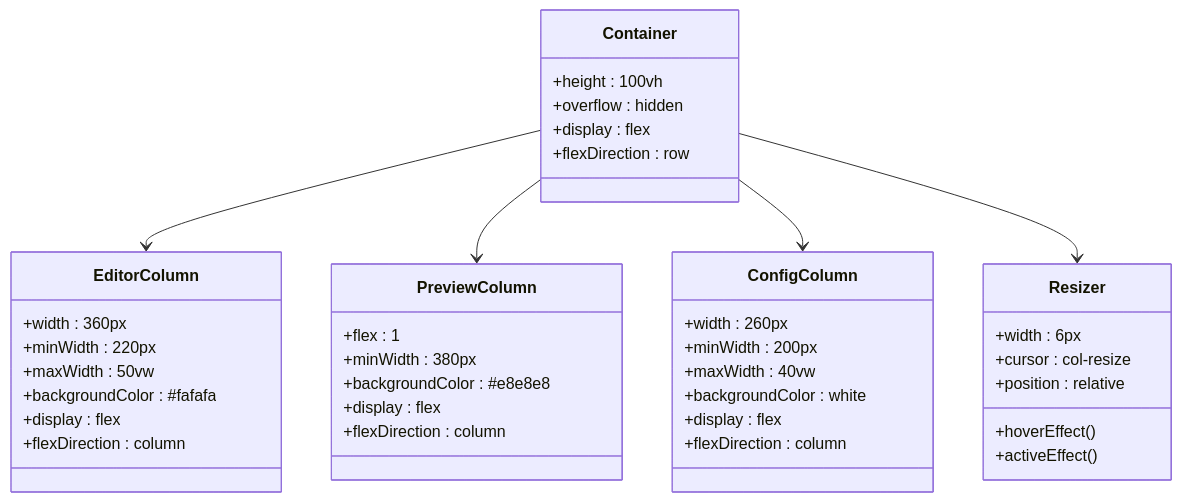
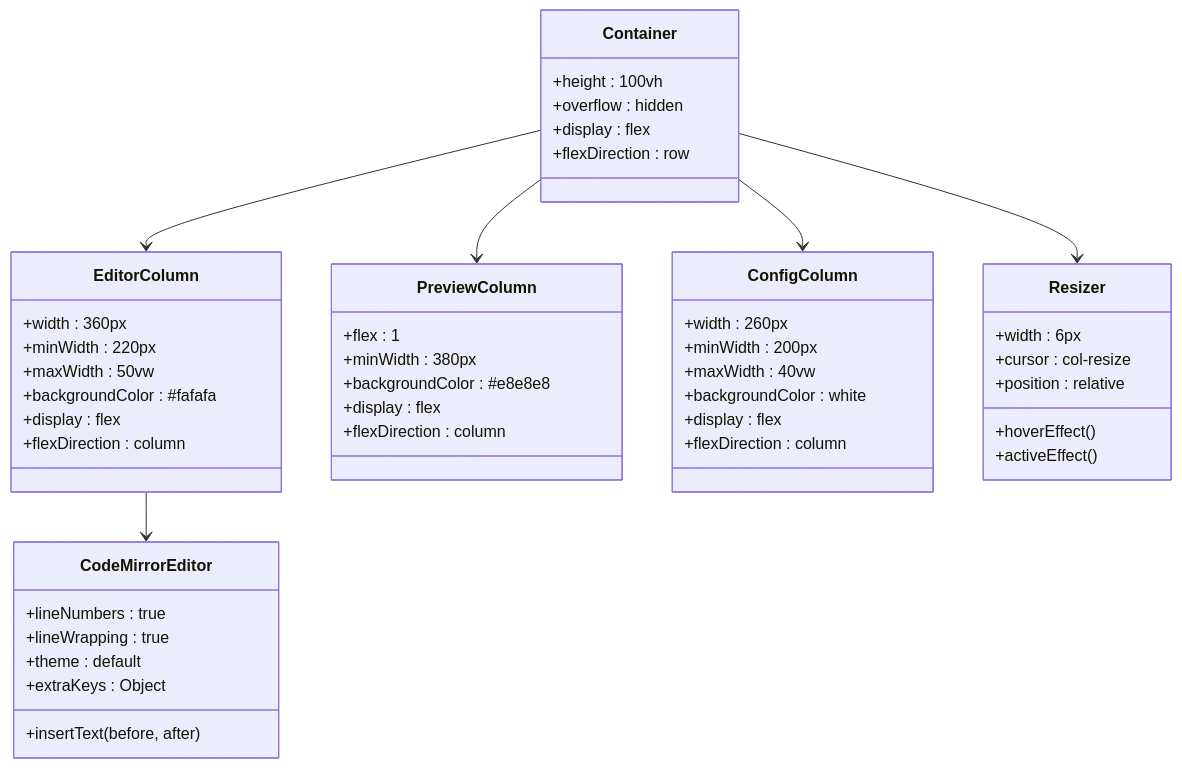
The fifth of 12 diagrams in .lingma/repowiki/zh/content/用户指南/前端界面现代化.md (wanwushelie/markdown-to-word-studio), drawn with Mermaid before and after one commit. The commit also changed other lines of this file and 7 other files, not shown here.

````diff
--- a/.lingma/repowiki/zh/content/用户指南/前端界面现代化.md
+++ b/.lingma/repowiki/zh/content/用户指南/前端界面现代化.md
@@ -224,43 +280,51 @@
 ```mermaid
 classDiagram
 class Container {
 +height : 100vh
 +overflow : hidden
 +display : flex
 +flexDirection : row
 }
 class EditorColumn {
 +width : 360px
 +minWidth : 220px
 +maxWidth : 50vw
 +backgroundColor : #fafafa
 +display : flex
 +flexDirection : column
 }
 class PreviewColumn {
 +flex : 1
 +minWidth : 380px
 +backgroundColor : #e8e8e8
 +display : flex
 +flexDirection : column
 }
 class ConfigColumn {
 +width : 260px
 +minWidth : 200px
 +maxWidth : 40vw
 +backgroundColor : white
 +display : flex
 +flexDirection : column
 }
 class Resizer {
 +width : 6px
 +cursor : col-resize
 +position : relative
 +hoverEffect()
 +activeEffect()
 }
+class CodeMirrorEditor {
++lineNumbers : true
++lineWrapping : true
++theme : default
++extraKeys : Object
++insertText(before, after)
+}
 Container --> EditorColumn
 Container --> PreviewColumn
 Container --> ConfigColumn
 Container --> Resizer
+EditorColumn --> CodeMirrorEditor
 ```
````
